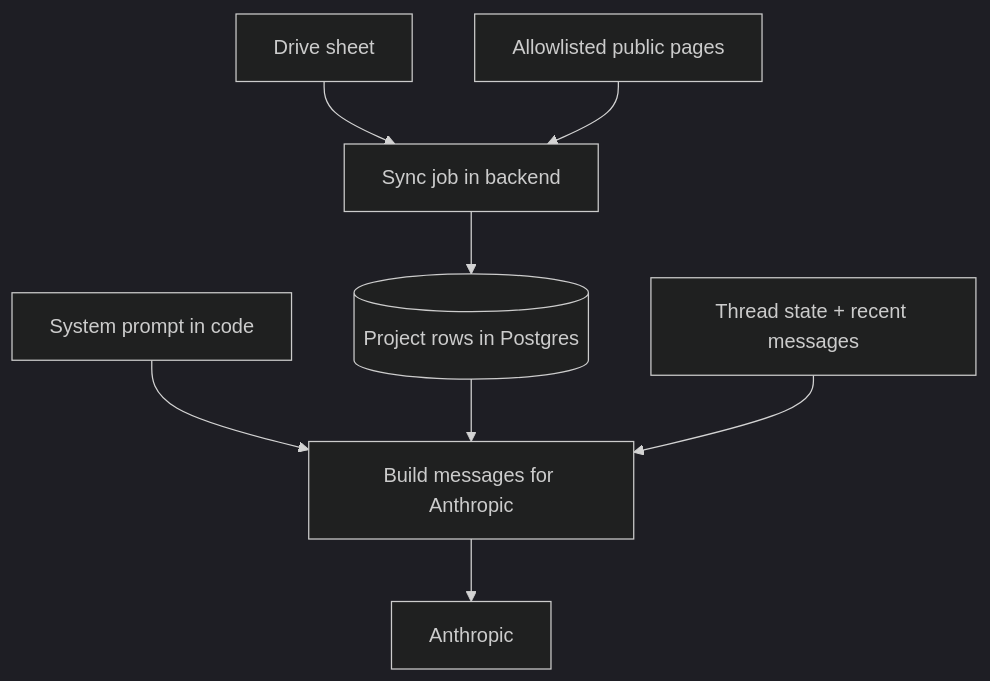
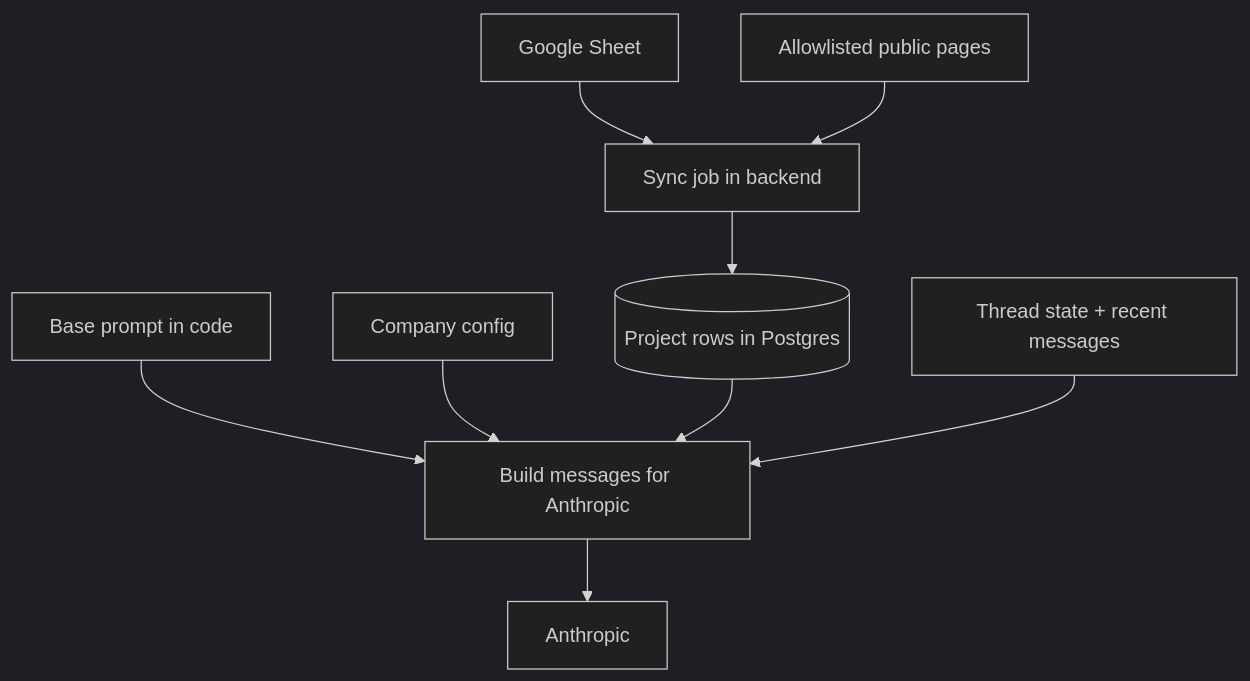
One commit to luisguareschi/leadscope changed the second of 2 diagrams in docs/design.md. Above: the diagram before and after it, drawn with Mermaid (dark theme). The commit also changed other lines of this file and 1 other file, not shown here.

Commit message:
Design for multi-company shared deployment

````diff
--- a/docs/design.md
+++ b/docs/design.md
@@ -66,10 +117,11 @@
 ```mermaid
 flowchart TD
-  drive[Drive sheet] --> sync[Sync job in backend]
+  drive[Google Sheet] --> sync[Sync job in backend]
   web[Allowlisted public pages] --> sync
   sync --> projects[(Project rows in Postgres)]
-  promptFile[System prompt in code] --> build[Build messages for Anthropic]
+  promptBase[Base prompt in code] --> build[Build messages for Anthropic]
+  companyConfig[Company config] --> build
   projects --> build
   thread[Thread state + recent messages] --> build
   build --> llm[Anthropic]
 ```
````
